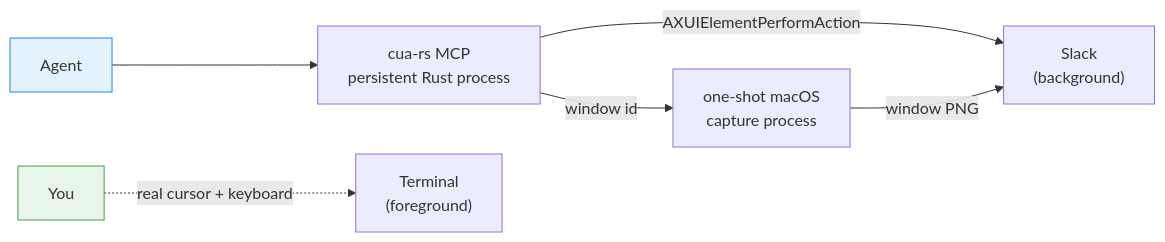
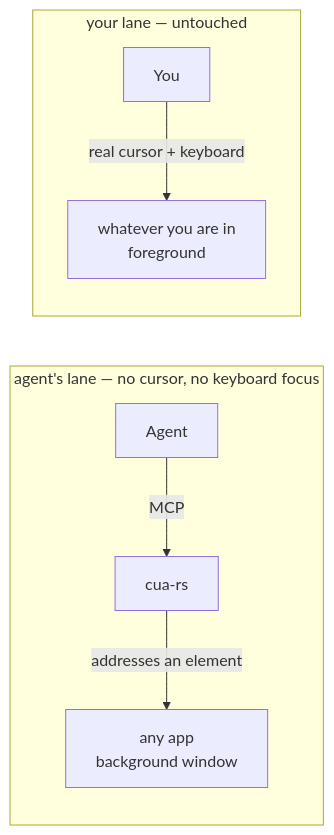
The diagram in README.md (maestrojeong/cua-rs-mcp), drawn with Mermaid before and after one commit. The commit also changed other lines of this file, not shown here.

````diff
--- a/README.md
+++ b/README.md
@@ -22,10 +16,9 @@
 ```mermaid
 flowchart LR
-    A["Agent"] --> M["cua-rs MCP<br/>persistent Rust process"]
-    M -->|"AXUIElementPerformAction"| S["Slack<br/>(background)"]
-    M -->|"window id"| C["one-shot macOS<br/>capture process"]
-    C -->|"window PNG"| S
-    H["You"] -.->|"real cursor + keyboard"| T["Terminal<br/>(foreground)"]
-    style H fill:#e8f5e9,stroke:#43a047
-    style A fill:#e3f2fd,stroke:#1e88e5
+    subgraph agent["agent's lane — no cursor, no keyboard focus"]
+        A["Agent"] -->|MCP| M["cua-rs"] -->|"addresses an element"| B["any app<br/>background window"]
+    end
+    subgraph human["your lane — untouched"]
+        H["You"] -->|"real cursor + keyboard"| F["whatever you are in<br/>foreground"]
+    end
 ```
````
